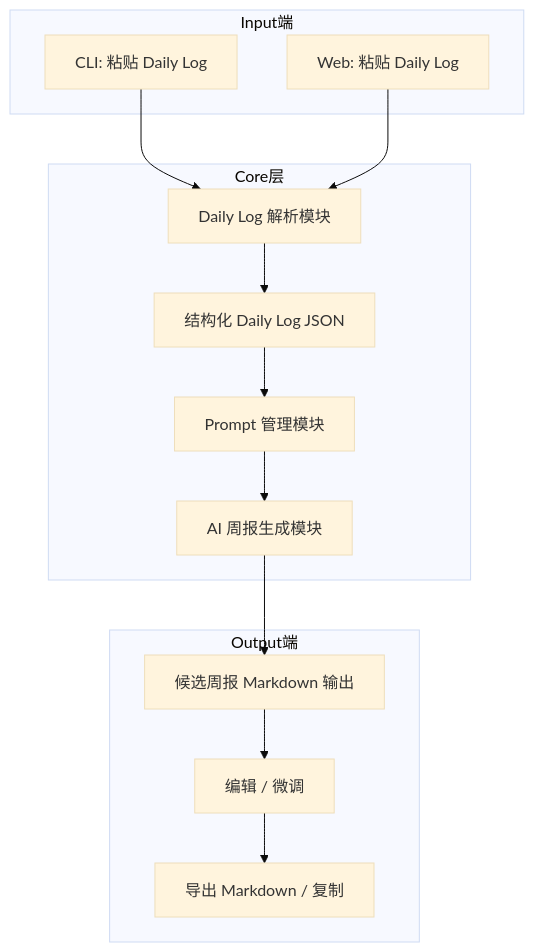
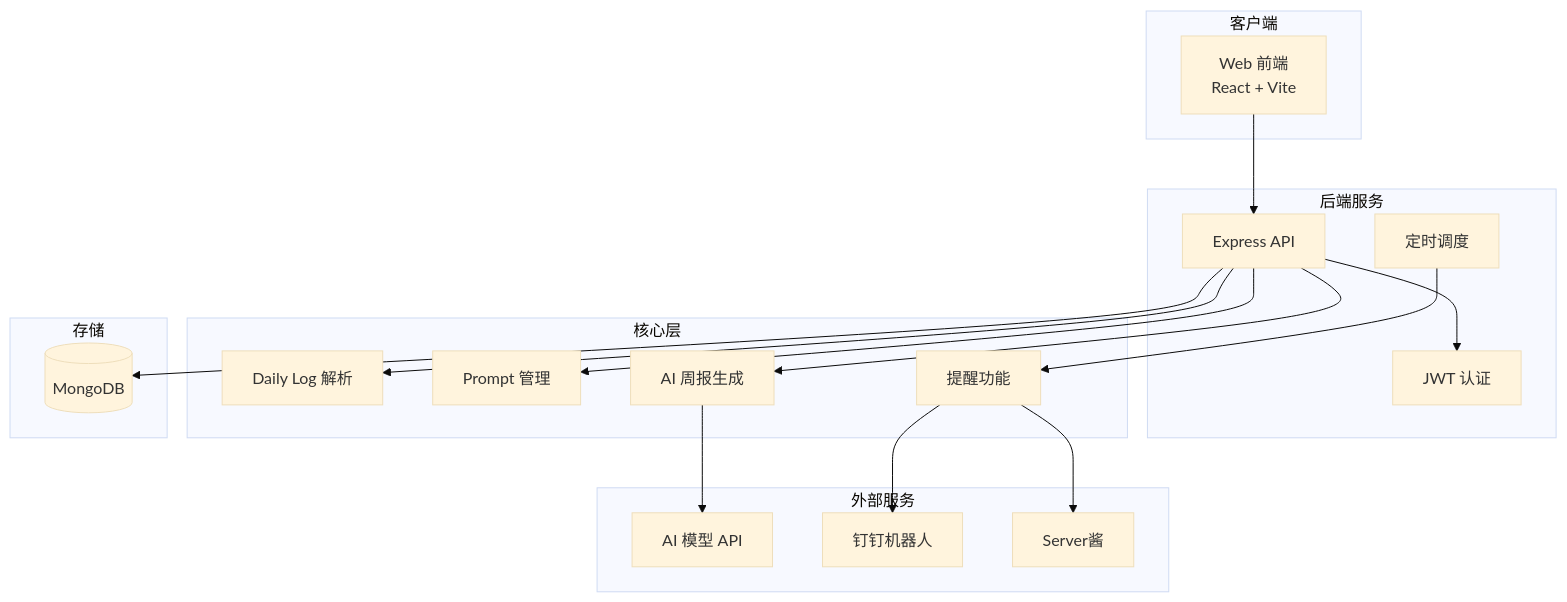
One commit to WakerCN/weeknote changed the first of 2 diagrams in docs/技术方案文档（V1）.md. Above: the diagram before and after it, drawn with Mermaid (base theme). The commit also changed other lines of this file and 4 other files, not shown here.

````diff
--- a/docs/技术方案文档（V1）.md
+++ b/docs/技术方案文档（V1）.md
@@ -45,29 +16,40 @@
 ```mermaid
 flowchart TD
-    subgraph Input端
-        CLI[CLI: 粘贴 Daily Log]
-        Web[Web: 粘贴 Daily Log]
+    subgraph Client["客户端"]
+        WEB[Web 前端<br/>React + Vite]
     end
 
-    subgraph Core层
-        Parse[Daily Log 解析模块]
-        Struct[结构化 Daily Log JSON]
-        Prompt[Prompt 管理模块]
-        AI[AI 周报生成模块]
+    subgraph Server["后端服务"]
+        API[Express API]
+        AUTH[JWT 认证]
+        CRON[定时调度]
     end
 
-    subgraph Output端
-        Candidate[候选周报 Markdown 输出]
-        Editor[编辑 / 微调]
-        Export[导出 Markdown / 复制]
+    subgraph Core["核心层"]
+        PARSER[Daily Log 解析]
+        PROMPT[Prompt 管理]
+        GEN[AI 周报生成]
+        REMINDER[提醒功能]
     end
 
-    CLI --> Parse
-    Web --> Parse
-    Parse --> Struct
-    Struct --> Prompt
-    Prompt --> AI
-    AI --> Candidate
-    Candidate --> Editor
-    Editor --> Export
+    subgraph Storage["存储"]
+        MONGO[(MongoDB)]
+    end
+
+    subgraph External["外部服务"]
+        AI_API[AI 模型 API]
+        DINGTALK[钉钉机器人]
+        SERVERCHAN[Server酱]
+    end
+
+    WEB --> API
+    API --> AUTH
+    API --> PARSER
+    API --> PROMPT
+    API --> GEN
+    API --> MONGO
+    CRON --> REMINDER
+    REMINDER --> DINGTALK
+    REMINDER --> SERVERCHAN
+    GEN --> AI_API
 ```
````
